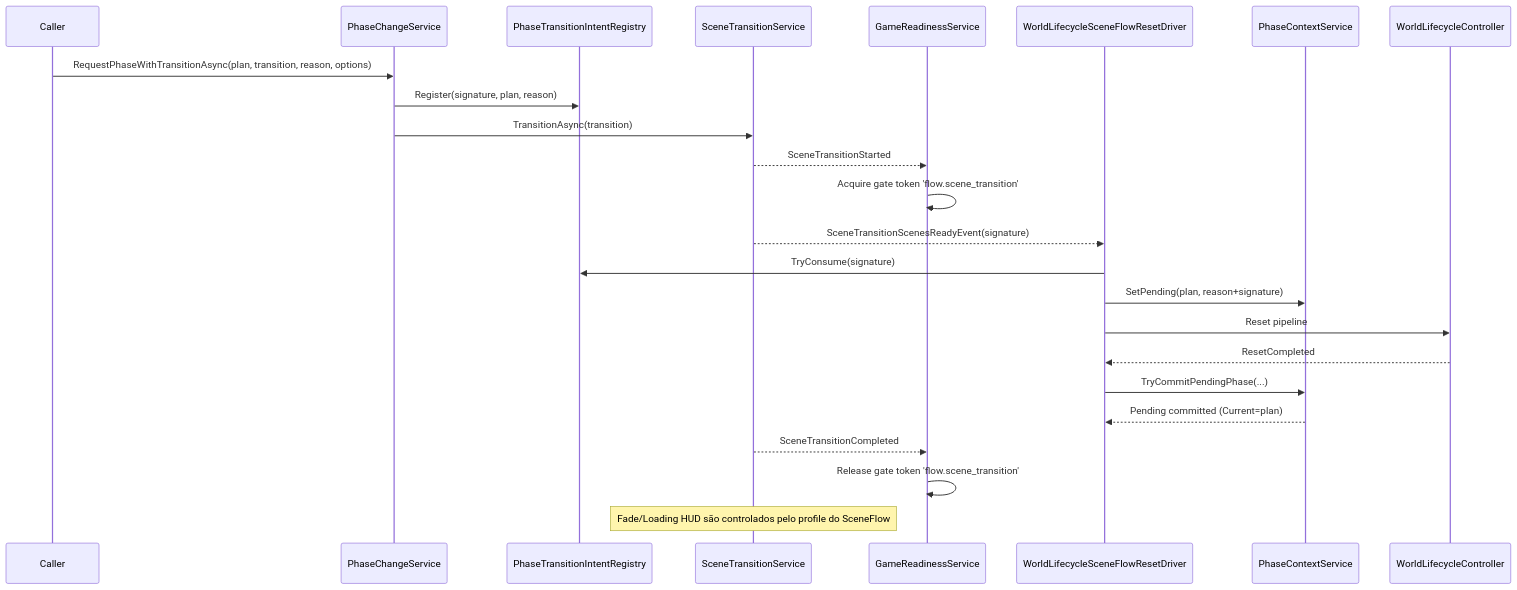
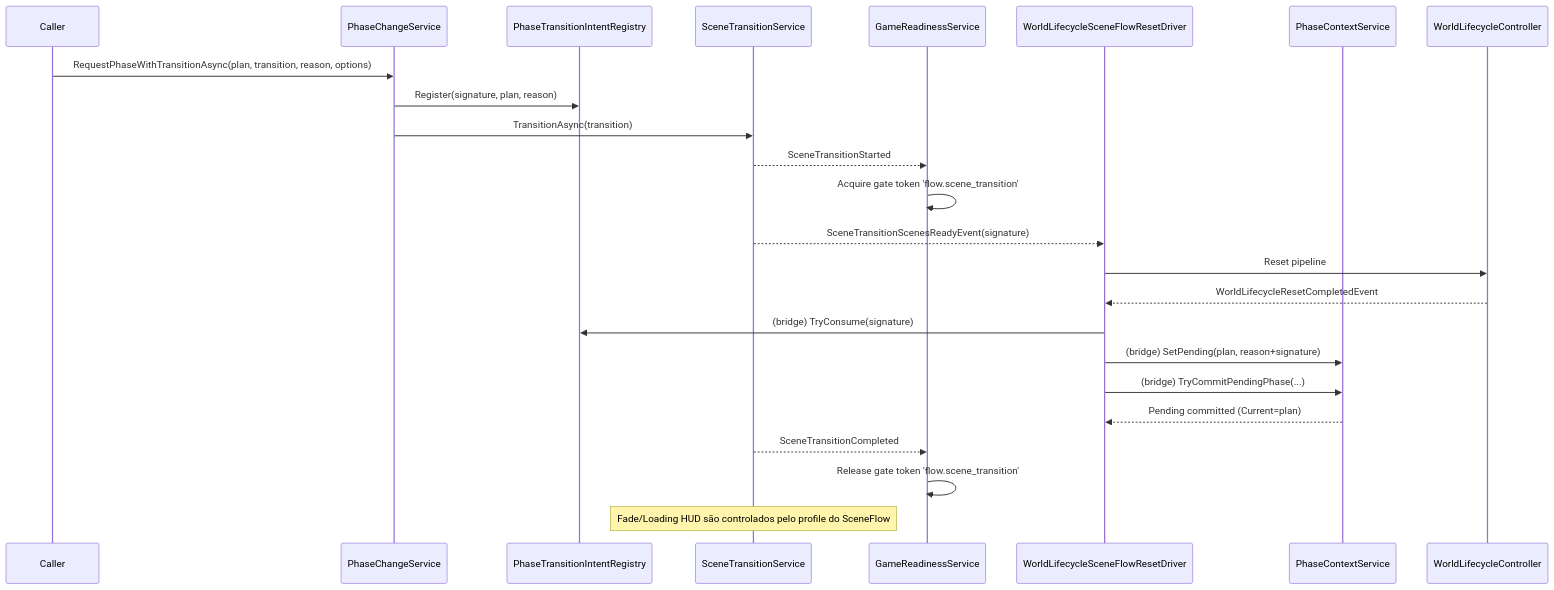
Before and after one commit to ImmersiveGames/GameJam2025: the second of 2 diagrams in Assets/_ImmersiveGames/NewScripts/Docs/ADRs/ADR-0017-Tipos-de-troca-fase.md, drawn with Mermaid. The commit also changed other lines of this file and 34 other files, not shown here.

````diff
--- a/Assets/_ImmersiveGames/NewScripts/Docs/ADRs/ADR-0017-Tipos-de-troca-fase.md
+++ b/Assets/_ImmersiveGames/NewScripts/Docs/ADRs/ADR-0017-Tipos-de-troca-fase.md
@@ -122,28 +123,28 @@
 ```mermaid
 sequenceDiagram
     participant Caller as Caller
     participant PhaseChange as PhaseChangeService
     participant Intent as PhaseTransitionIntentRegistry
     participant SceneFlow as SceneTransitionService
     participant Readiness as GameReadinessService
     participant WL as WorldLifecycleSceneFlowResetDriver
     participant PhaseCtx as PhaseContextService
     participant WLC as WorldLifecycleController
 
     Caller->>PhaseChange: RequestPhaseWithTransitionAsync(plan, transition, reason, options)
     PhaseChange->>Intent: Register(signature, plan, reason)
     PhaseChange->>SceneFlow: TransitionAsync(transition)
     SceneFlow-->>Readiness: SceneTransitionStarted
     Readiness->>Readiness: Acquire gate token 'flow.scene_transition'
     SceneFlow-->>WL: SceneTransitionScenesReadyEvent(signature)
-    WL->>Intent: TryConsume(signature)
-    WL->>PhaseCtx: SetPending(plan, reason+signature)
     WL->>WLC: Reset pipeline
-    WLC-->>WL: ResetCompleted
-    WL->>PhaseCtx: TryCommitPendingPhase(...)
+    WLC-->>WL: WorldLifecycleResetCompletedEvent
+    WL->>Intent: (bridge) TryConsume(signature)
+    WL->>PhaseCtx: (bridge) SetPending(plan, reason+signature)
+    WL->>PhaseCtx: (bridge) TryCommitPendingPhase(...)
     PhaseCtx-->>WL: Pending committed (Current=plan)
     SceneFlow-->>Readiness: SceneTransitionCompleted
     Readiness->>Readiness: Release gate token 'flow.scene_transition'
 
     Note over SceneFlow: Fade/Loading HUD são controlados pelo profile do SceneFlow
 ```
````
